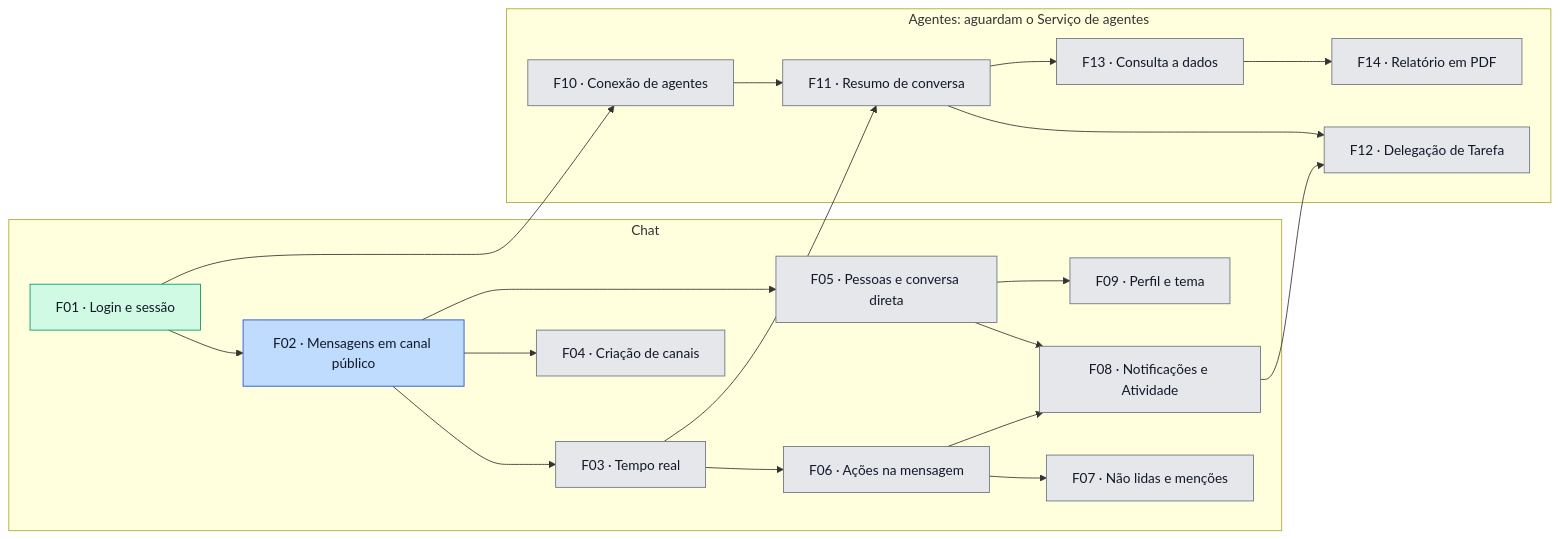
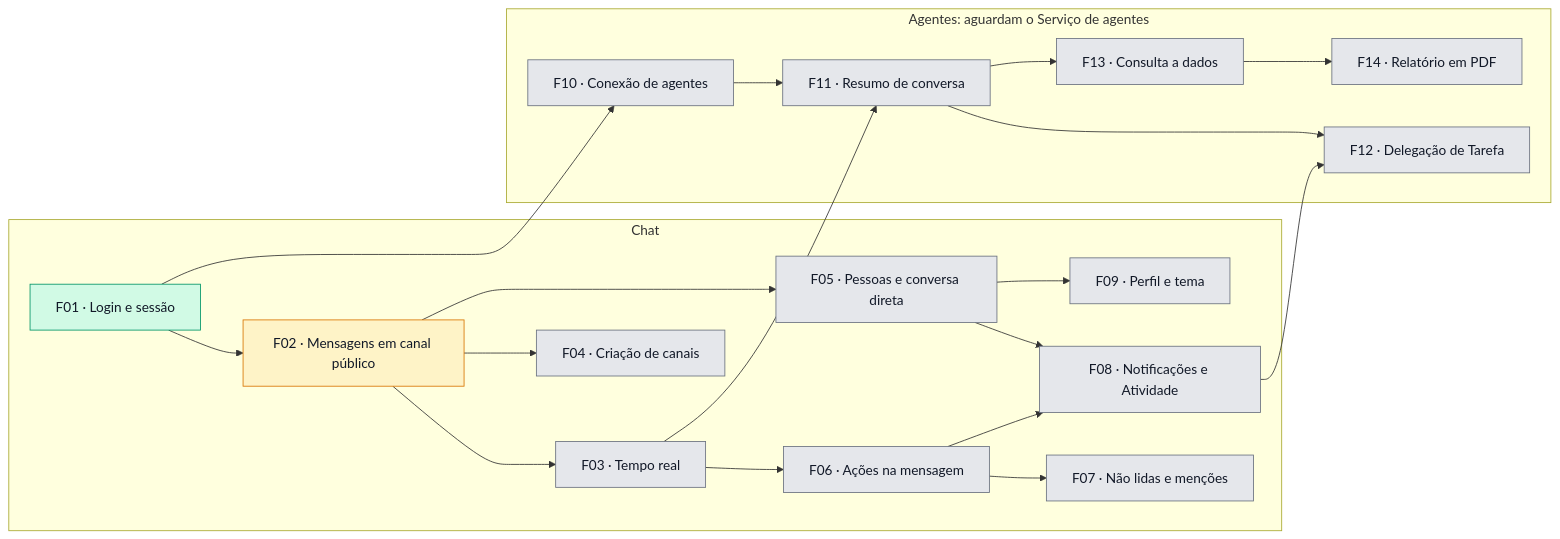
Before and after one commit to 1978bruno/fulldev_SKILL-Agentes-e-MCP-para-vibe-code: the diagram in docs/roadmap.md, drawn with Mermaid. The commit also changed other lines of this file and 2 other files, not shown here.

Commit message:
docs: planeja as bases de transação e de testes de unidade (F02-T01)

````diff
--- a/docs/roadmap.md
+++ b/docs/roadmap.md
@@ -48,49 +48,49 @@
 ```mermaid
 flowchart LR
   subgraph chat ["Chat"]
     F01["F01 · Login e sessão"]
     F02["F02 · Mensagens em canal público"]
     F03["F03 · Tempo real"]
     F04["F04 · Criação de canais"]
     F05["F05 · Pessoas e conversa direta"]
     F06["F06 · Ações na mensagem"]
     F07["F07 · Não lidas e menções"]
     F08["F08 · Notificações e Atividade"]
     F09["F09 · Perfil e tema"]
   end
 
   subgraph agentes ["Agentes: aguardam o Serviço de agentes"]
     F10["F10 · Conexão de agentes"]
     F11["F11 · Resumo de conversa"]
     F12["F12 · Delegação de Tarefa"]
     F13["F13 · Consulta a dados"]
     F14["F14 · Relatório em PDF"]
   end
 
   F01 --> F02
   F02 --> F03
   F02 --> F04
   F02 --> F05
   F03 --> F06
   F06 --> F07
   F05 --> F08
   F06 --> F08
   F05 --> F09
   F01 --> F10
   F03 --> F11
   F10 --> F11
   F08 --> F12
   F11 --> F12
   F11 --> F13
   F13 --> F14
 
   classDef planejada fill:#e5e7eb,stroke:#6b7280,color:#111827
   classDef prdPronto fill:#dbeafe,stroke:#3b82f6,color:#111827
   classDef specPronta fill:#bfdbfe,stroke:#1d4ed8,color:#111827
   classDef emAndamento fill:#fef3c7,stroke:#d97706,color:#111827
   classDef concluida fill:#d1fae5,stroke:#059669,color:#111827
 
   class F01 concluida
-  class F02 specPronta
+  class F02 emAndamento
   class F03,F04,F05,F06,F07,F08,F09,F10,F11,F12,F13,F14 planejada
 ```
````
